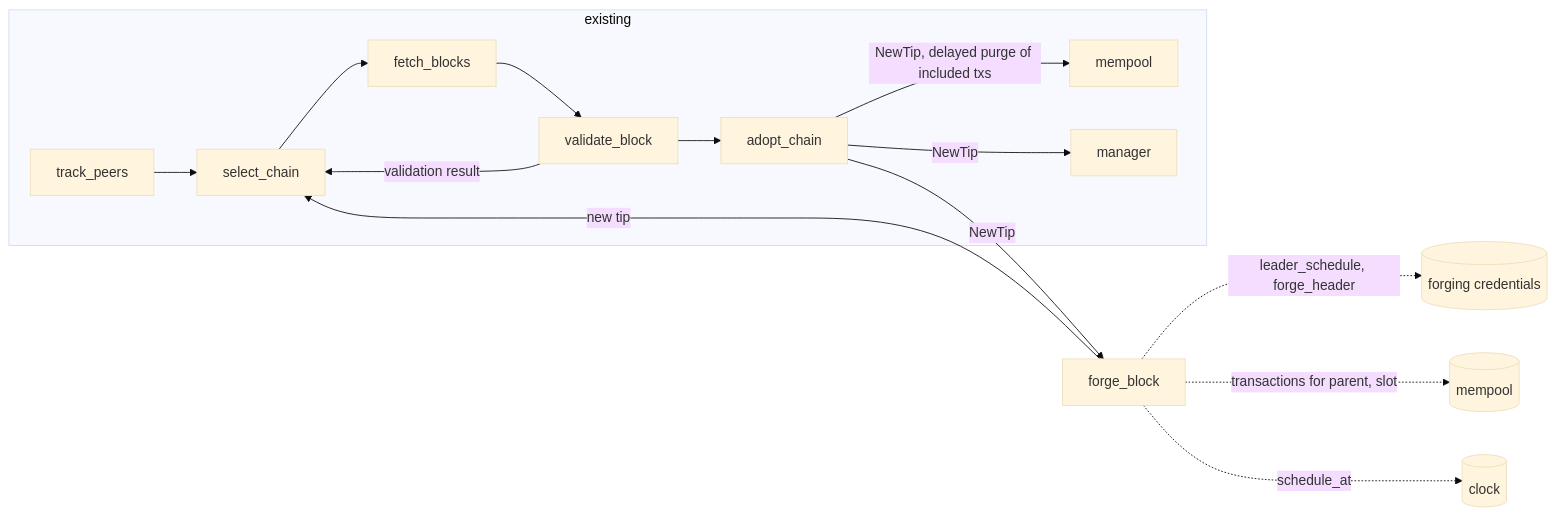
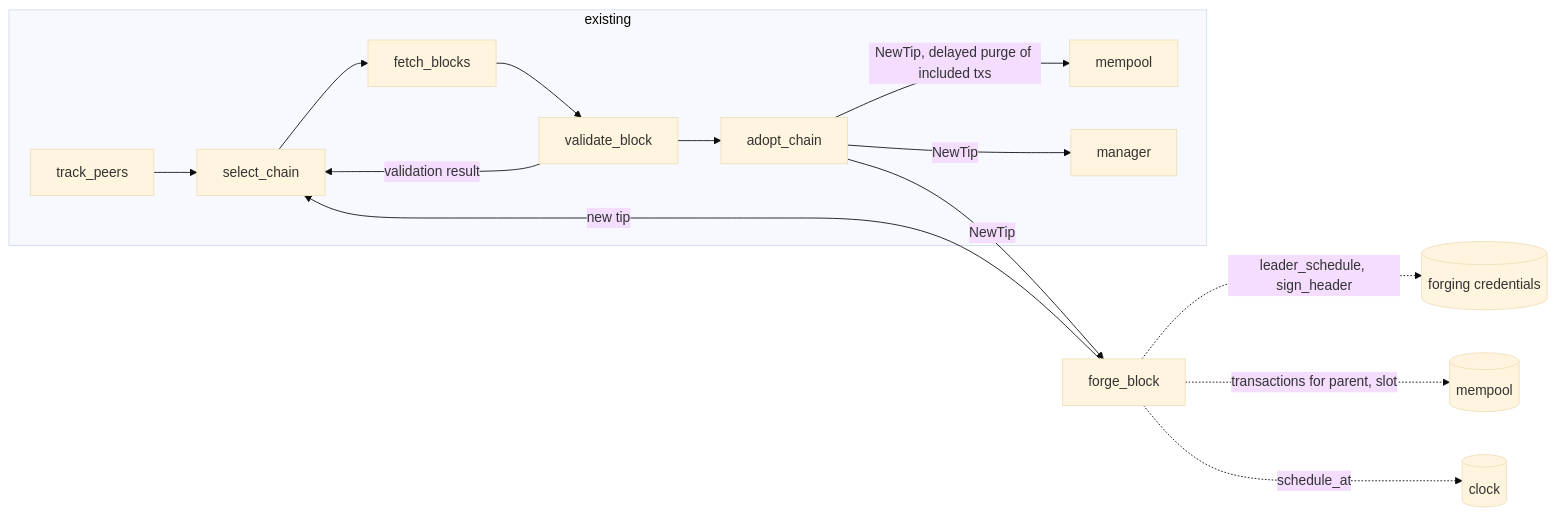
One commit to pragma-org/amaru changed the diagram in engineering-decision-records/035-block-forging.md. Above: the diagram before and after it, drawn with Mermaid (base theme). The commit also changed other lines of this file and 10 other files, not shown here.

First line of the commit message:
refactor: let the credentials complete and sign the header

````diff
--- a/engineering-decision-records/035-block-forging.md
+++ b/engineering-decision-records/035-block-forging.md
@@ -74,14 +74,14 @@
 ```mermaid
 flowchart LR
     subgraph existing
         track_peers --> select_chain --> fetch_blocks --> validate_block --> adopt_chain
         validate_block -->|validation result| select_chain
         adopt_chain -->|NewTip, delayed purge of included txs| mempool
         adopt_chain -->|NewTip| manager
     end
     adopt_chain -->|NewTip| forge_block
     forge_block -->|new tip| select_chain
-    forge_block -.->|leader_schedule, forge_header| creds[(forging credentials)]
+    forge_block -.->|leader_schedule, sign_header| creds[(forging credentials)]
     forge_block -.->|transactions for parent, slot| pool[(mempool)]
     forge_block -.->|schedule_at| clock[(clock)]
 ```
````
